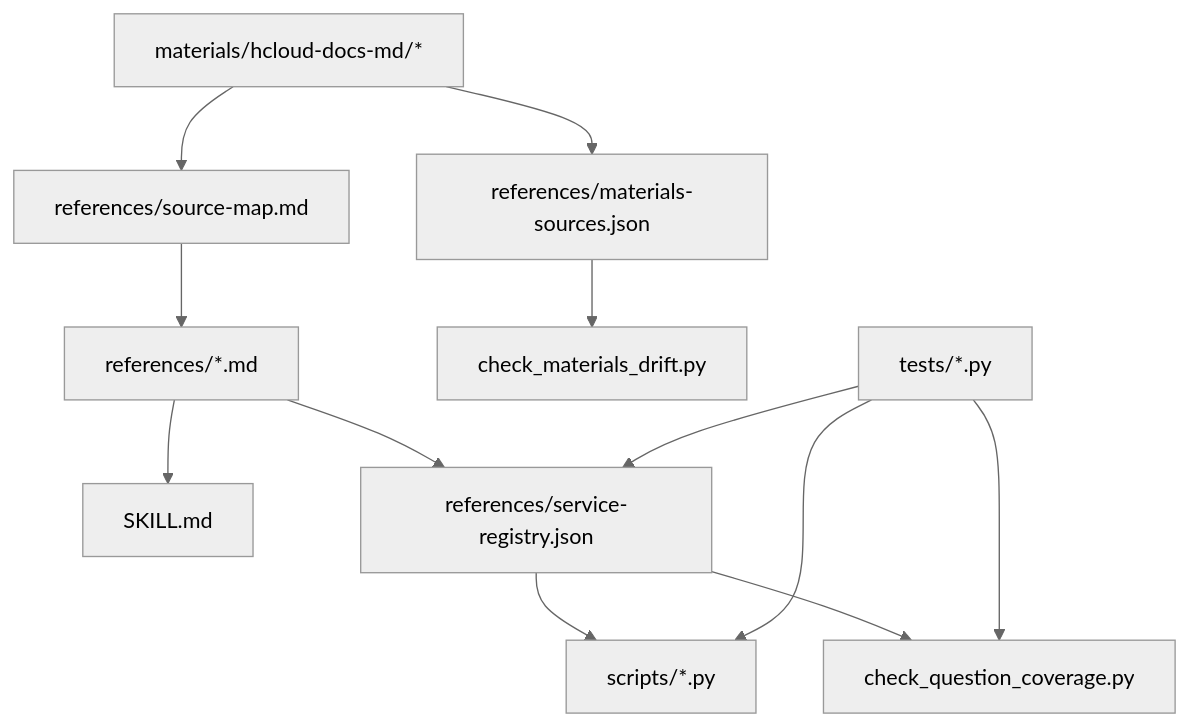
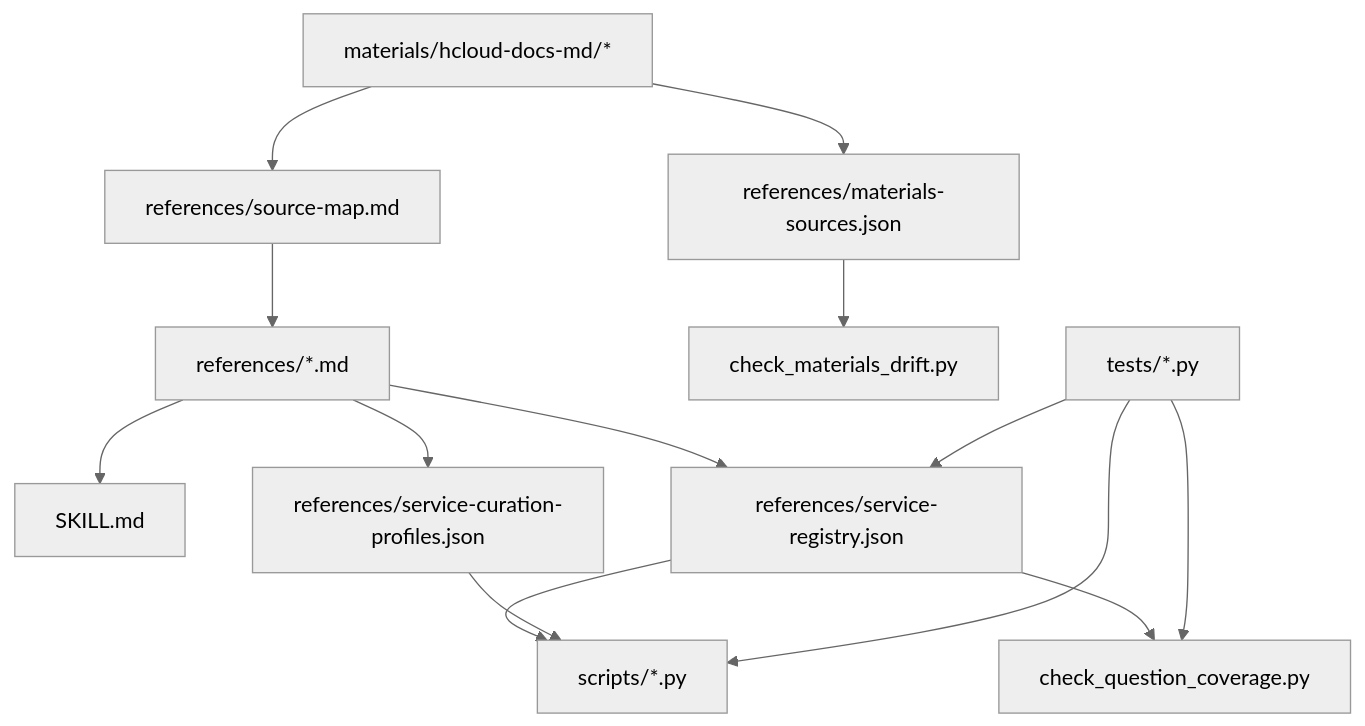
Before and after one commit to pipixia-labs/huaweicloud-skill: the diagram in docs/data-and-coverage.md, drawn with Mermaid (neutral theme). The commit also changed other lines of this file and 159 other files, not shown here.

````diff
--- a/docs/data-and-coverage.md
+++ b/docs/data-and-coverage.md
@@ -9,14 +9,16 @@
 ```mermaid
 flowchart TD
     Materials["materials/hcloud-docs-md/*"] --> SourceMap["references/source-map.md"]
     Materials --> MaterialMap["references/materials-sources.json"]
     SourceMap --> References["references/*.md"]
     MaterialMap --> Drift["check_materials_drift.py"]
     References --> Skill["SKILL.md"]
     References --> Registry["references/service-registry.json"]
+    References --> Curation["references/service-curation-profiles.json"]
     Registry --> Scripts["scripts/*.py"]
+    Curation --> Scripts
     Registry --> Coverage["check_question_coverage.py"]
     Tests["tests/*.py"] --> Scripts
     Tests --> Registry
     Tests --> Coverage
 ```
````
